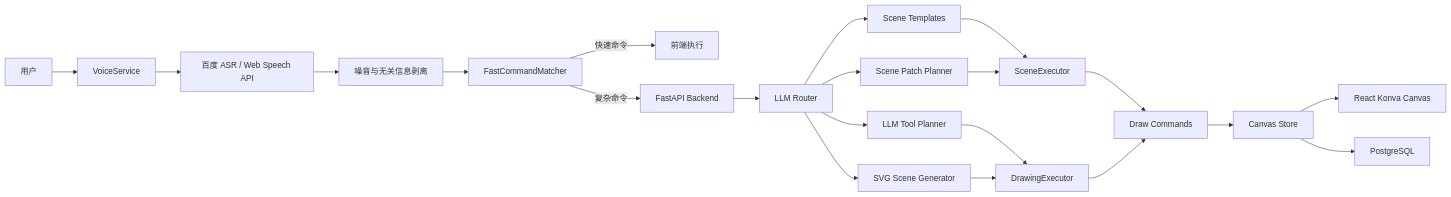
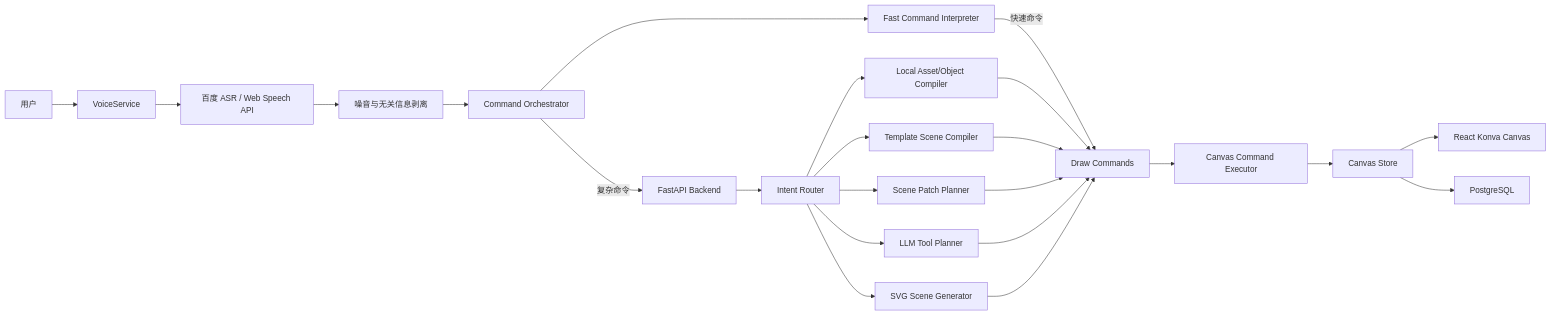
One commit to bird07717/voice-canvas changed the second of 2 diagrams in README.md. Above: the diagram before and after it, drawn with Mermaid. The commit also changed other lines of this file and 20 other files, not shown here.

````diff
--- a/README.md
+++ b/README.md
@@ -198,29 +209,30 @@
 ```mermaid
 flowchart LR
     U["用户"] --> V["VoiceService"]
 
     V --> ASR["百度 ASR / Web Speech API"]
     ASR --> Clean["噪音与无关信息剥离"]
-    Clean --> FCM["FastCommandMatcher"]
+    Clean --> Orchestrator["Command Orchestrator"]
 
-    FCM -->|快速命令| FE["前端执行"]
-    FCM -->|复杂命令| API["FastAPI Backend"]
+    Orchestrator --> FCM["Fast Command Interpreter"]
+    FCM -->|快速命令| Commands["Draw Commands"]
+    Orchestrator -->|复杂命令| API["FastAPI Backend"]
 
-    API --> Router["LLM Router"]
-    Router --> Template["Scene Templates"]
+    API --> Router["Intent Router"]
+    Router --> Local["Local Asset/Object Compiler"]
+    Router --> Template["Template Scene Compiler"]
     Router --> Patch["Scene Patch Planner"]
     Router --> Tool["LLM Tool Planner"]
     Router --> SVG["SVG Scene Generator"]
 
-    Template --> Executor["SceneExecutor"]
-    Patch --> Executor
-    Tool --> Drawing["DrawingExecutor"]
-    SVG --> Drawing
+    Local --> Commands
+    Template --> Commands
+    Patch --> Commands
+    Tool --> Commands
+    SVG --> Commands
 
-    Executor --> Commands["Draw Commands"]
-    Drawing --> Commands
-
-    Commands --> Store["Canvas Store"]
+    Commands --> CanvasExec["Canvas Command Executor"]
+    CanvasExec --> Store["Canvas Store"]
     Store --> Konva["React Konva Canvas"]
     Store --> DB["PostgreSQL"]
 ```
````
